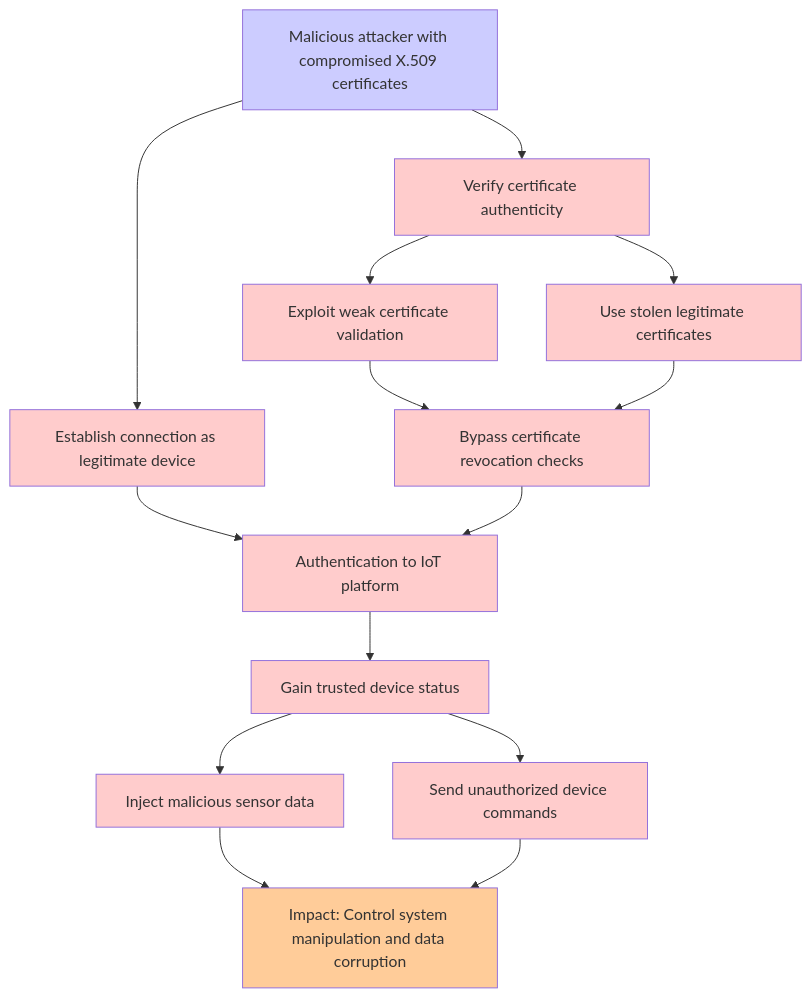
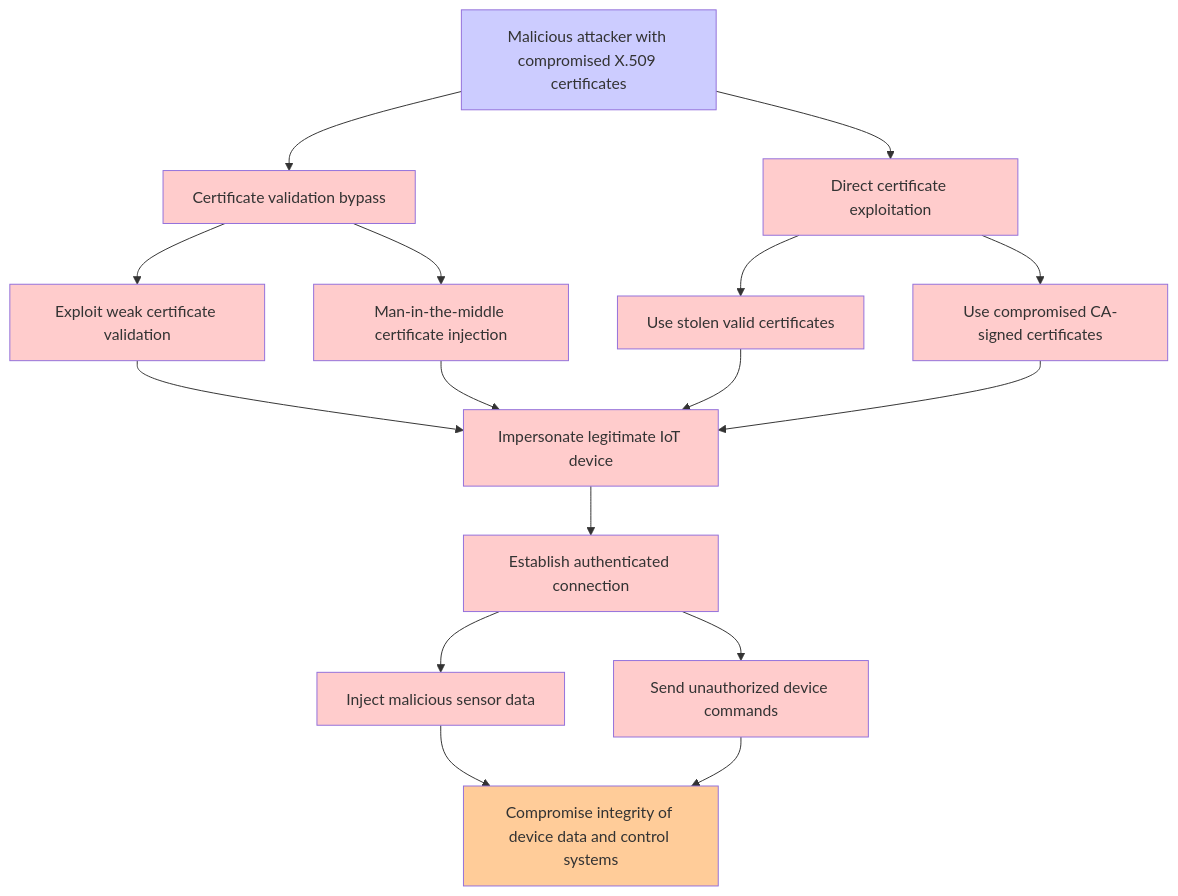
One commit to aws-samples/sample-agentic-attack-tree-generator changed the diagram in threatforest-agentic-application/examples/iot-device-management/threatforest/attack_trees/attack_tree_T001_authentication.md. Above: the diagram before and after it, drawn with Mermaid. The commit also changed 44 other files, not shown here.

````diff
--- a/threatforest-agentic-application/examples/iot-device-management/threatforest/attack_trees/attack_tree_T001_authentication.md
+++ b/threatforest-agentic-application/examples/iot-device-management/threatforest/attack_trees/attack_tree_T001_authentication.md
@@ -19,24 +19,25 @@
 ```mermaid
 graph TD
-    A["Malicious attacker with compromised X.509 certificates"] --> B["Certificate validation"]
-    A --> C["Direct device impersonation"]
-    B["Verify certificate authenticity"] --> D["Exploit weak certificate validation"]
-    B --> E["Use stolen legitimate certificates"]
-    D --> F["Bypass certificate revocation checks"]
-    E --> F
-    C["Establish connection as legitimate device"] --> G["Authentication to IoT platform"]
-    F --> G
-    G --> H["Gain trusted device status"]
-    H --> I["Inject malicious sensor data"]
-    H --> J["Send unauthorized device commands"]
-    I --> K["Compromise data integrity"]
-    J --> K
-    K["Impact: Control system manipulation and data corruption"]
+    A["Malicious attacker with compromised X.509 certificates"] --> B["Certificate validation bypass"]
+    A --> C["Direct certificate exploitation"]
+    B --> D["Exploit weak certificate validation"]
+    B --> E["Man-in-the-middle certificate injection"]
+    C --> F["Use stolen valid certificates"]
+    C --> G["Use compromised CA-signed certificates"]
+    D --> H["Impersonate legitimate IoT device"]
+    E --> H
+    F --> H
+    G --> H
+    H --> I["Establish authenticated connection"]
+    I --> J["Inject malicious sensor data"]
+    I --> K["Send unauthorized device commands"]
+    J --> L["Compromise integrity of device data and control systems"]
+    K --> L
     classDef attack fill:#ffcccc
     classDef goal fill:#ffcc99
     classDef fact fill:#ccccff
-    class B,C,D,E,F,G,H,I,J attack
-    class K goal
+    class B,C,D,E,F,G,H,I,J,K attack
+    class L goal
     class A fact
     classDef mitigation fill:#ccffcc
 ```
````
